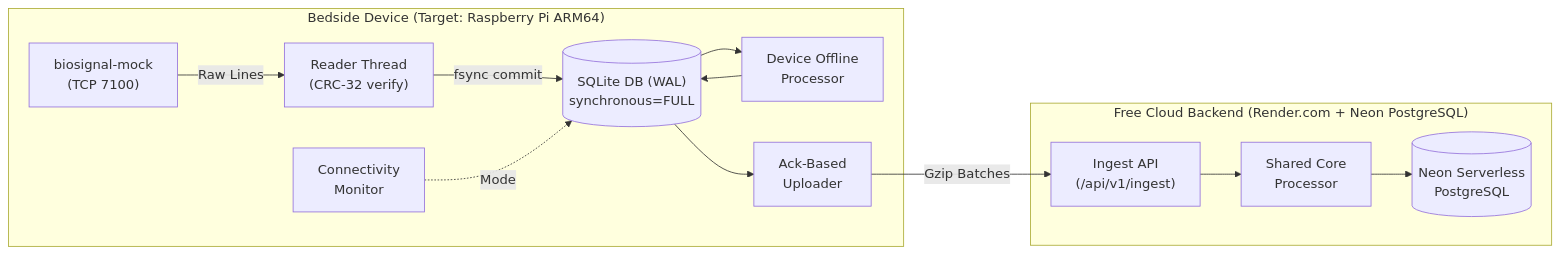
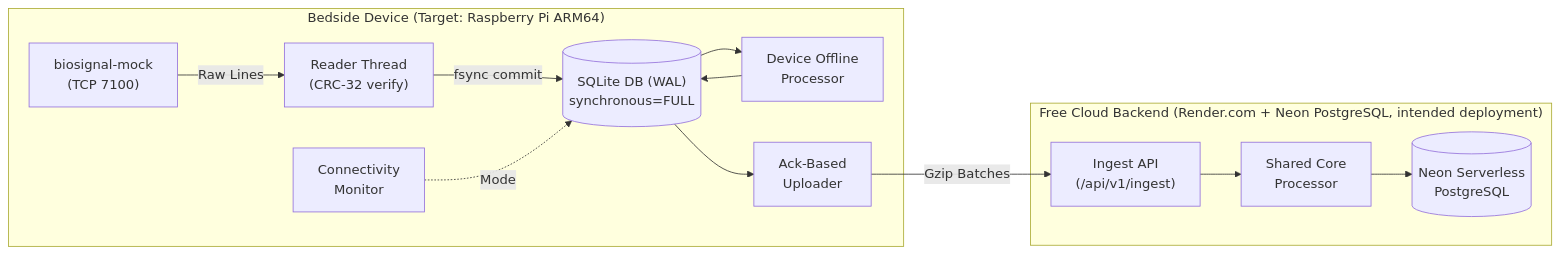
The diagram in README.md (MukulVerma14/MayaCardio), drawn with Mermaid before and after one commit. The commit also changed other lines of this file and 2 other files, not shown here.

Commit message:
docs: use relative links, substitute placeholder instructions, soften cloud claims, and update power pull audit

````diff
--- a/README.md
+++ b/README.md
@@ -31,17 +31,17 @@
 ```mermaid
 flowchart LR
     subgraph Device ["Bedside Device (Target: Raspberry Pi ARM64)"]
         Mock["biosignal-mock\n(TCP 7100)"] -->|Raw Lines| Reader["Reader Thread\n(CRC-32 verify)"]
         Reader -->|fsync commit| DB[("SQLite DB (WAL)\nsynchronous=FULL")]
         DB --> OfflineProc["Device Offline\nProcessor"]
         OfflineProc --> DB
         DB --> Uploader["Ack-Based\nUploader"]
         ConnMon["Connectivity\nMonitor"] -.->|Mode| DB
     end
     
-    subgraph Cloud ["Free Cloud Backend (Render.com + Neon PostgreSQL)"]
+    subgraph Cloud ["Free Cloud Backend (Render.com + Neon PostgreSQL, intended deployment)"]
         Uploader -->|Gzip Batches| CloudAPI["Ingest API\n(/api/v1/ingest)"]
         CloudAPI --> SharedCore["Shared Core\nProcessor"]
         SharedCore --> CloudDB[("Neon Serverless\nPostgreSQL")]
     end
 ```
````
